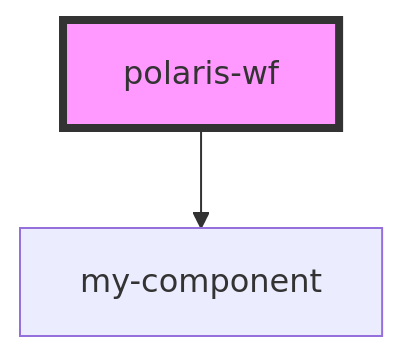
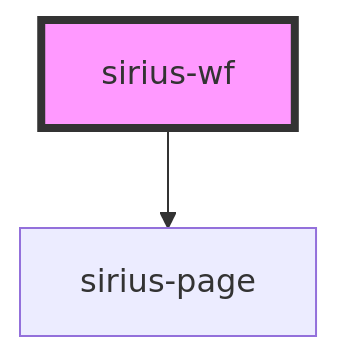
One commit to Caracal-IT/sirius changed the diagram in src/components/sirius-wf/readme.md. Above: the diagram before and after it, drawn with Mermaid. The commit also changed other lines of this file and 2 other files, not shown here.

````diff
--- a/src/components/sirius-wf/readme.md
+++ b/src/components/sirius-wf/readme.md
@@ -15,5 +65,5 @@
 ```mermaid
 graph TD;
-  polaris-wf --> my-component
-  style polaris-wf fill:#f9f,stroke:#333,stroke-width:4px
+  sirius-wf --> sirius-page
+  style sirius-wf fill:#f9f,stroke:#333,stroke-width:4px
 ```
````
